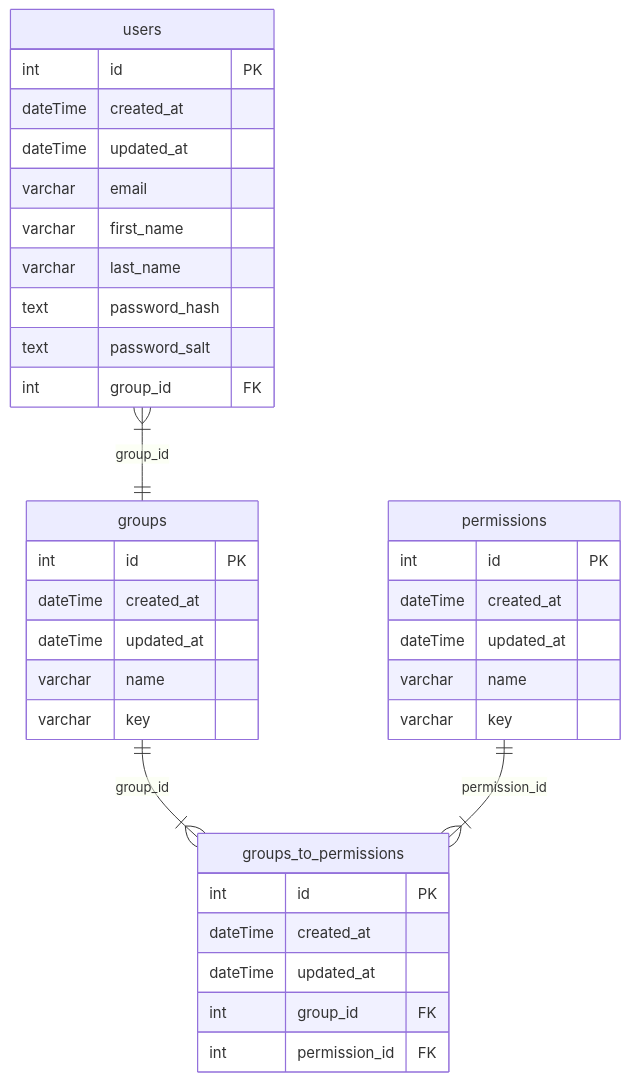
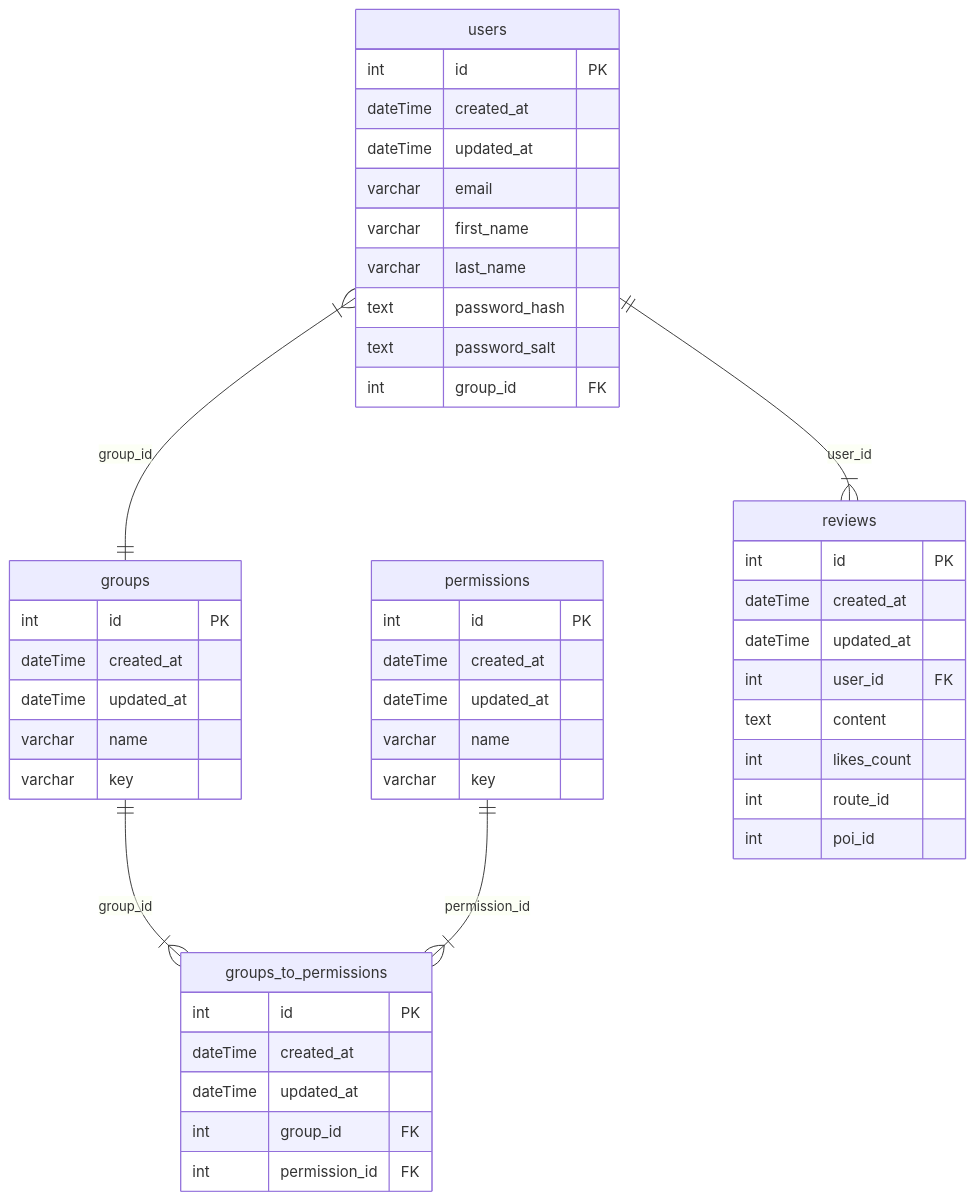
One commit to h4vefundieyoung/smartscapes changed the diagram in readme.md. Above: the diagram before and after it, drawn with Mermaid. The commit also changed 31 other files, not shown here.

````diff
--- a/readme.md
+++ b/readme.md
@@ -30,43 +30,55 @@
 ```mermaid
 erDiagram
 
   users {
     int id PK
     dateTime created_at
     dateTime updated_at
     varchar email
     varchar first_name
     varchar last_name
     text password_hash
     text password_salt
     int group_id FK
   }
 
   groups {
     int id PK
     dateTime created_at
     dateTime updated_at
     varchar name
     varchar key
   }
 
  groups_to_permissions {
       int id PK
       dateTime created_at
       dateTime updated_at
       int group_id FK
       int permission_id FK
   }
 
   permissions {
       int id PK
       dateTime created_at
       dateTime updated_at
       varchar name
       varchar key
   }
 
+  reviews {
+    int id PK
+    dateTime created_at
+    dateTime updated_at
+    int user_id FK
+    text content
+    int likes_count
+    int route_id
+    int poi_id
+  }
+
   users }|--|| groups : group_id
   groups ||--|{ groups_to_permissions : group_id
   permissions ||--|{ groups_to_permissions : permission_id
+  users || -- |{ reviews : user_id
 ```
````
